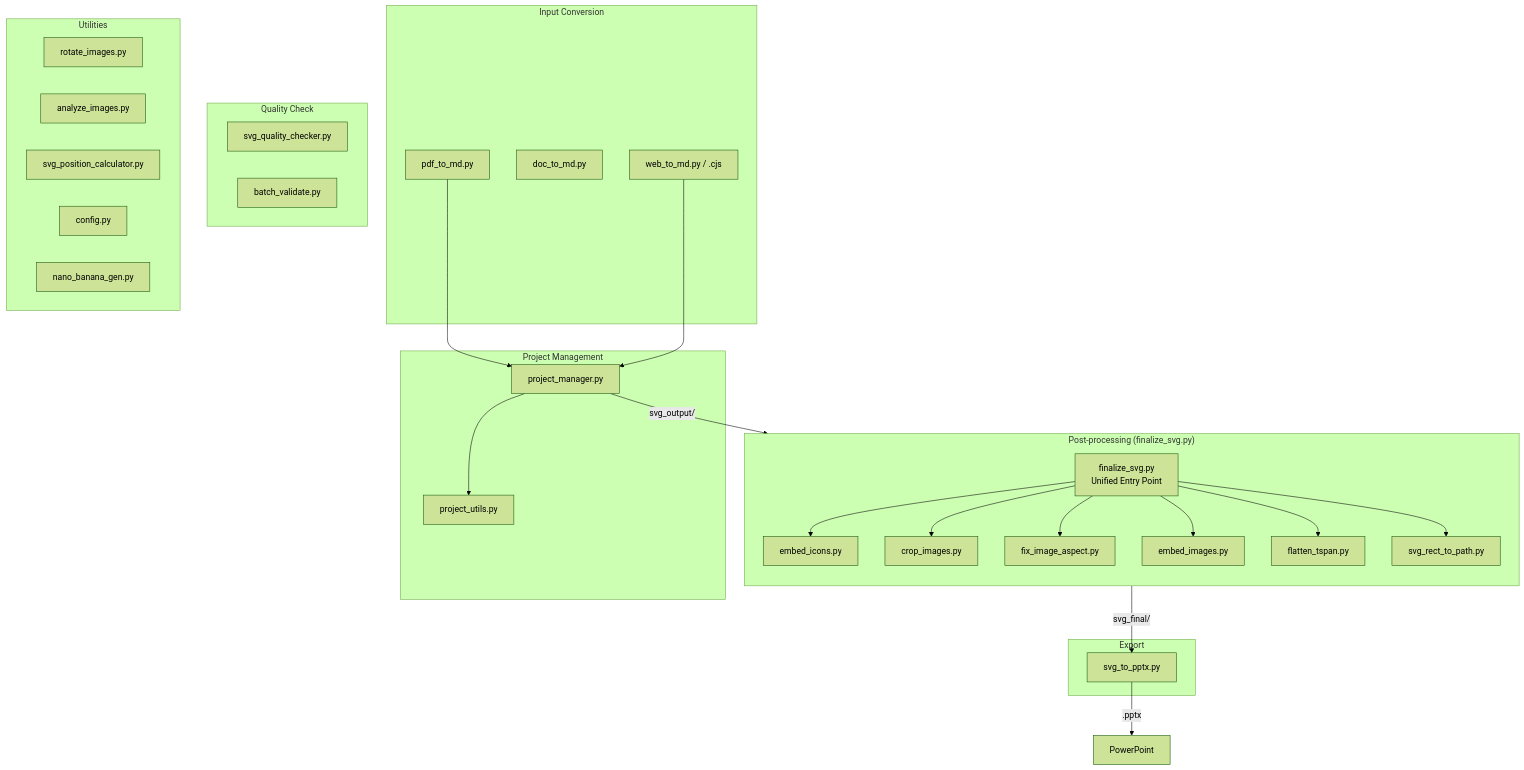
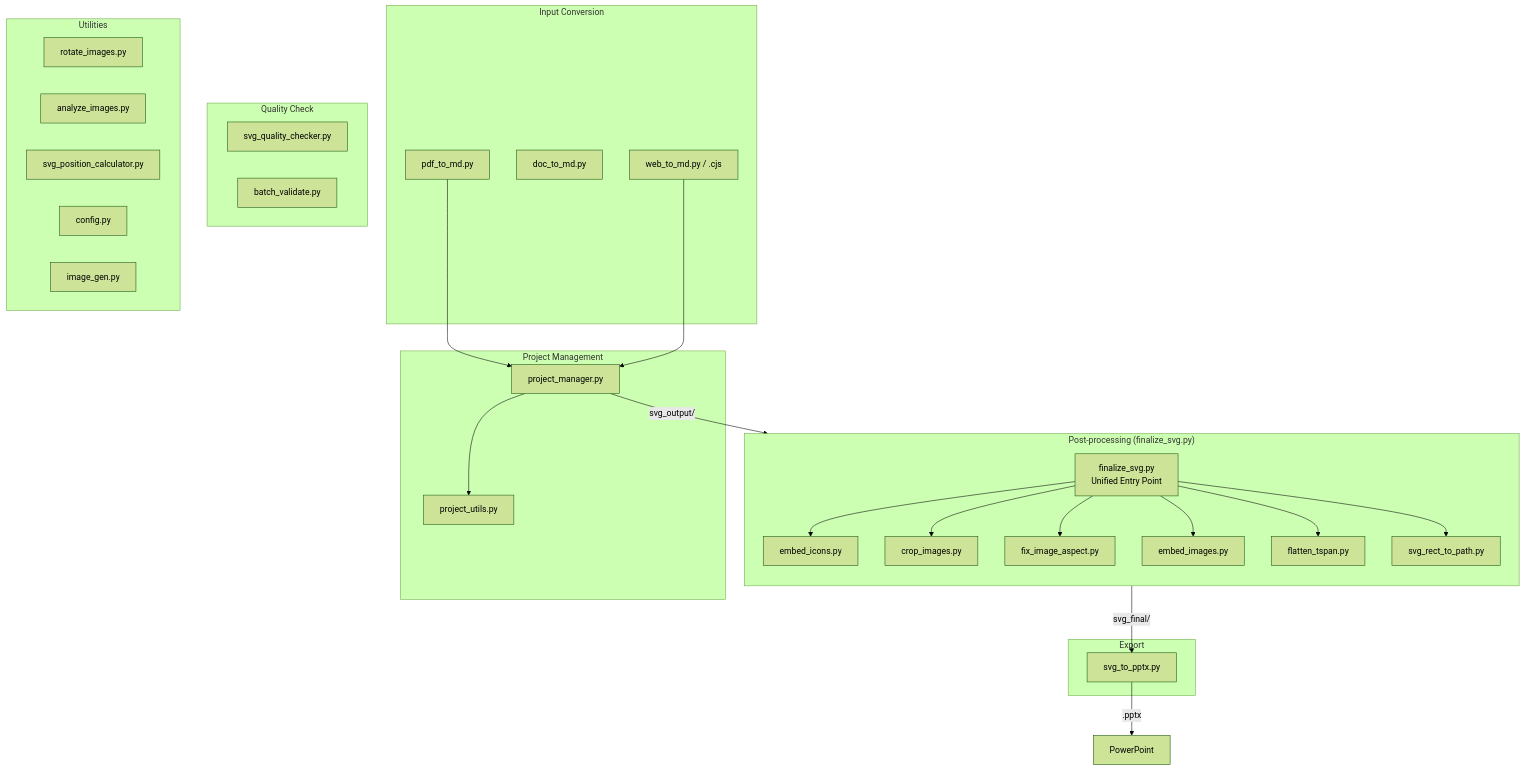
Before and after one commit to hugohe3/ppt-master: the diagram in skills/ppt-master/scripts/README.md, drawn with Mermaid (forest theme). The commit also changed other lines of this file and 11 other files, not shown here.

````diff
--- a/skills/ppt-master/scripts/README.md
+++ b/skills/ppt-master/scripts/README.md
@@ -7,55 +7,55 @@
 ```mermaid
 graph TB
     subgraph Input["Input Conversion"]
         A1[pdf_to_md.py]
         A1b[doc_to_md.py]
         A2[web_to_md.py / .cjs]
     end
 
     subgraph Project["Project Management"]
         B1[project_manager.py]
         B2[project_utils.py]
         B1 --> B2
     end
 
     subgraph Finalize["Post-processing (finalize_svg.py)"]
         direction TB
         C0[finalize_svg.py<br/>Unified Entry Point]
         C1[embed_icons.py]
         C2[crop_images.py]
         C3[fix_image_aspect.py]
         C4[embed_images.py]
         C5[flatten_tspan.py]
         C6[svg_rect_to_path.py]
 
         C0 --> C1
         C0 --> C2
         C0 --> C3
         C0 --> C4
         C0 --> C5
         C0 --> C6
     end
 
     subgraph Export["Export"]
         D1[svg_to_pptx.py]
     end
 
     subgraph Quality["Quality Check"]
         E1[svg_quality_checker.py]
         E2[batch_validate.py]
     end
 
     subgraph Utils["Utilities"]
         F1[rotate_images.py]
         F2[analyze_images.py]
         F3[svg_position_calculator.py]
         F4[config.py]
-        F5[nano_banana_gen.py]
+        F5[image_gen.py]
     end
 
     A1 --> B1
     A2 --> B1
     B1 -->|svg_output/| C0
     C0 -->|svg_final/| D1
     D1 -->|.pptx| Output[PowerPoint]
 ```
````
